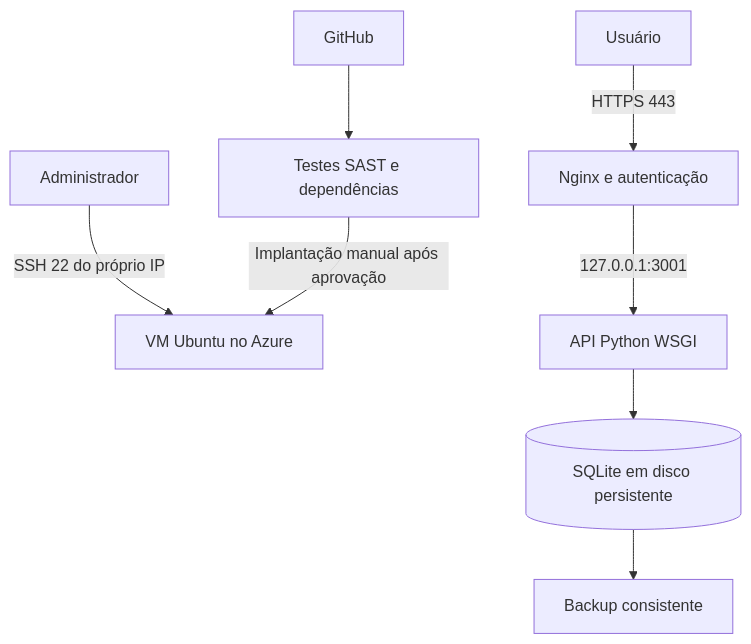
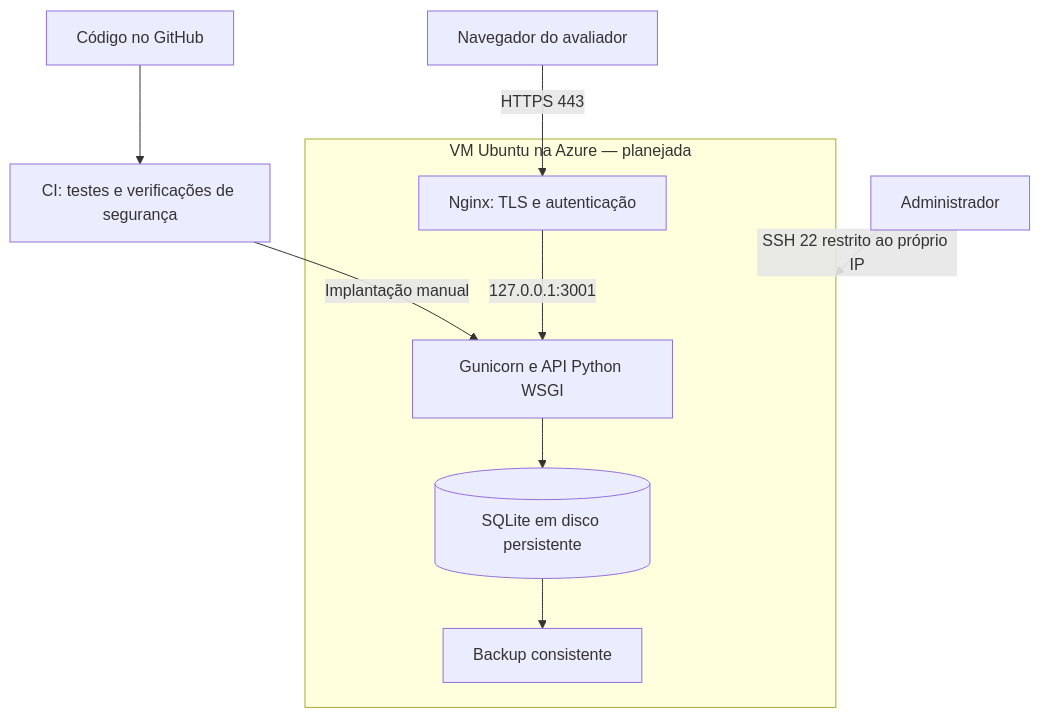
One commit to KaioRamos1/CP3---Cloud-Security changed the second of 2 diagrams in README.md. Above: the diagram before and after it, drawn with Mermaid. The commit also changed other lines of this file, not shown here.

````diff
--- a/README.md
+++ b/README.md
@@ -50,10 +343,12 @@
 ```mermaid
 flowchart TB
-    U[Usuário] -->|HTTPS 443| N[Nginx e autenticação]
-    A[Administrador] -->|SSH 22 do próprio IP| V[VM Ubuntu no Azure]
-    N -->|127.0.0.1:3001| P[API Python WSGI]
-    P --> D[(SQLite em disco persistente)]
-    D --> B[Backup consistente]
-    G[GitHub] --> C[Testes SAST e dependências]
-    C -->|Implantação manual após aprovação| V
+    G["Código no GitHub"] --> C["CI: testes e verificações de segurança"]
+    C -->|Implantação manual| P
+    U["Navegador do avaliador"] -->|HTTPS 443| N
+    A["Administrador"] -->|SSH 22 restrito ao próprio IP| V
+    subgraph V["VM Ubuntu na Azure — planejada"]
+        N["Nginx: TLS e autenticação"] -->|127.0.0.1:3001| P["Gunicorn e API Python WSGI"]
+        P --> D[("SQLite em disco persistente")]
+        D --> B["Backup consistente"]
+    end
 ```
````
